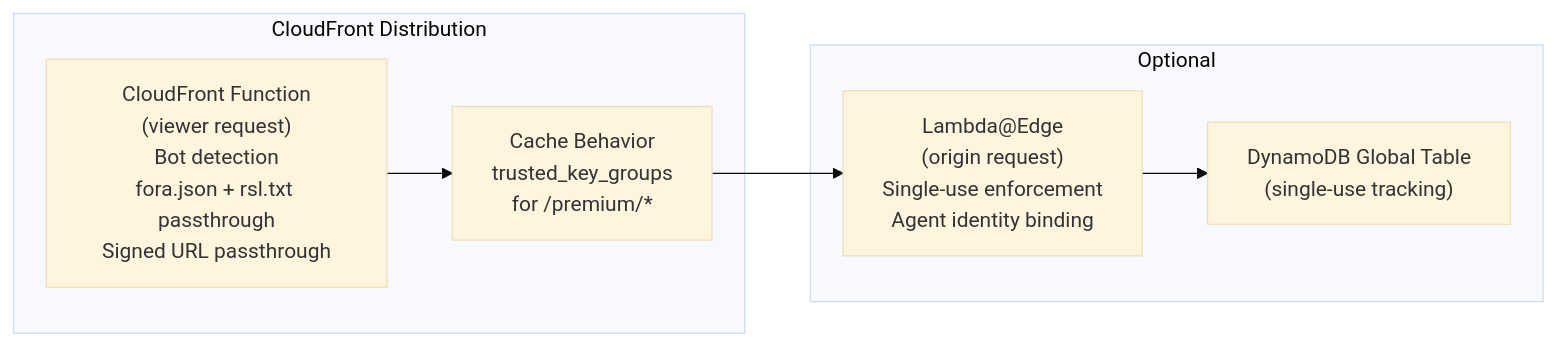
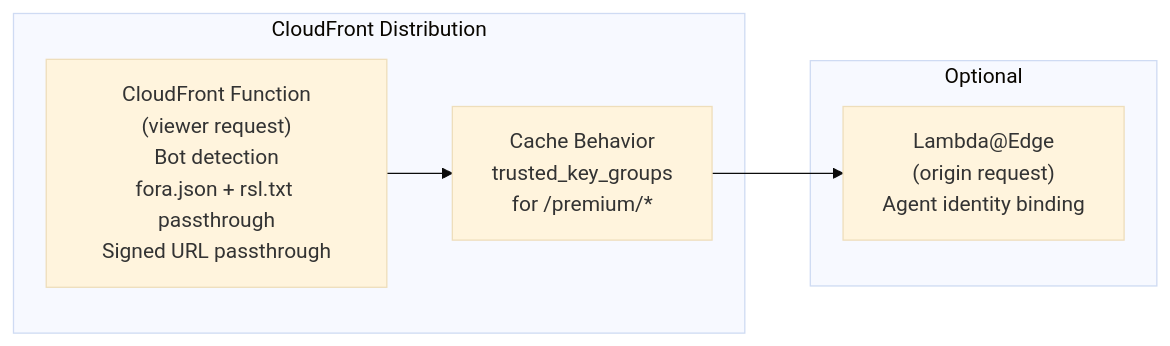
Before and after one commit to FORA-Protocol/protocol: the first of 3 diagrams in website/src/content/docs/components/edge-function/cdn-adapters.mdx, drawn with Mermaid (base theme). The commit also changed other lines of this file and 18 other files, not shown here.

````diff
--- a/website/src/content/docs/components/edge-function/cdn-adapters.mdx
+++ b/website/src/content/docs/components/edge-function/cdn-adapters.mdx
@@ -105,16 +93,14 @@
 ```mermaid
 graph LR
     subgraph "CloudFront Distribution"
         CF_FUNC["CloudFront Function<br/>(viewer request)<br/>Bot detection<br/>fora.json + rsl.txt passthrough<br/>Signed URL passthrough"]
         BEHAVIOR["Cache Behavior<br/>trusted_key_groups<br/>for /premium/*"]
     end
 
     subgraph "Optional"
-        LAMBDA["Lambda@Edge<br/>(origin request)<br/>Single-use enforcement<br/>Agent identity binding"]
-        DDB["DynamoDB Global Table<br/>(single-use tracking)"]
+        LAMBDA["Lambda@Edge<br/>(origin request)<br/>Agent identity binding"]
     end
 
     CF_FUNC --> BEHAVIOR
     BEHAVIOR --> LAMBDA
-    LAMBDA --> DDB
 ```
````
